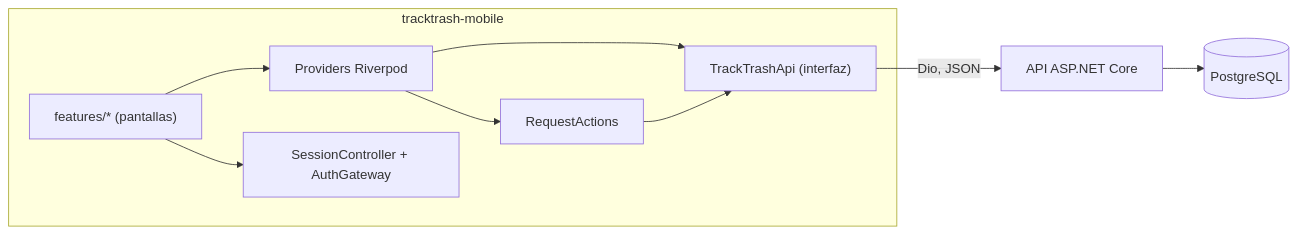
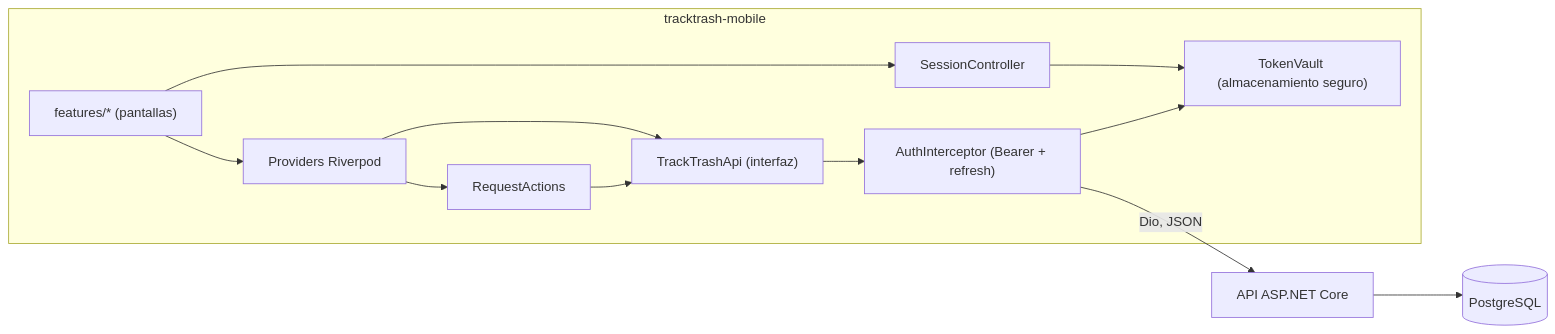
One commit to CarlosFloresDev/tracktrash-mobile changed the diagram in README.md. Above: the diagram before and after it, drawn with Mermaid. The commit also changed other lines of this file, not shown here.

Commit message:
docs: describe JWT sessions, applications and the live API test

````diff
--- a/README.md
+++ b/README.md
@@ -55,12 +55,15 @@
 ```mermaid
 flowchart LR
   subgraph App["tracktrash-mobile"]
     UI["features/* (pantallas)"] --> Prov["Providers Riverpod"]
     Prov --> Actions["RequestActions"]
     Prov --> Api["TrackTrashApi (interfaz)"]
     Actions --> Api
-    UI --> Session["SessionController + AuthGateway"]
+    UI --> Session["SessionController"]
+    Session --> Vault["TokenVault (almacenamiento seguro)"]
+    Api --> Auth["AuthInterceptor (Bearer + refresh)"]
+    Auth --> Vault
   end
-  Api -->|Dio, JSON| API["API ASP.NET Core"]
+  Auth -->|Dio, JSON| API["API ASP.NET Core"]
   API --> DB[("PostgreSQL")]
 ```
````
